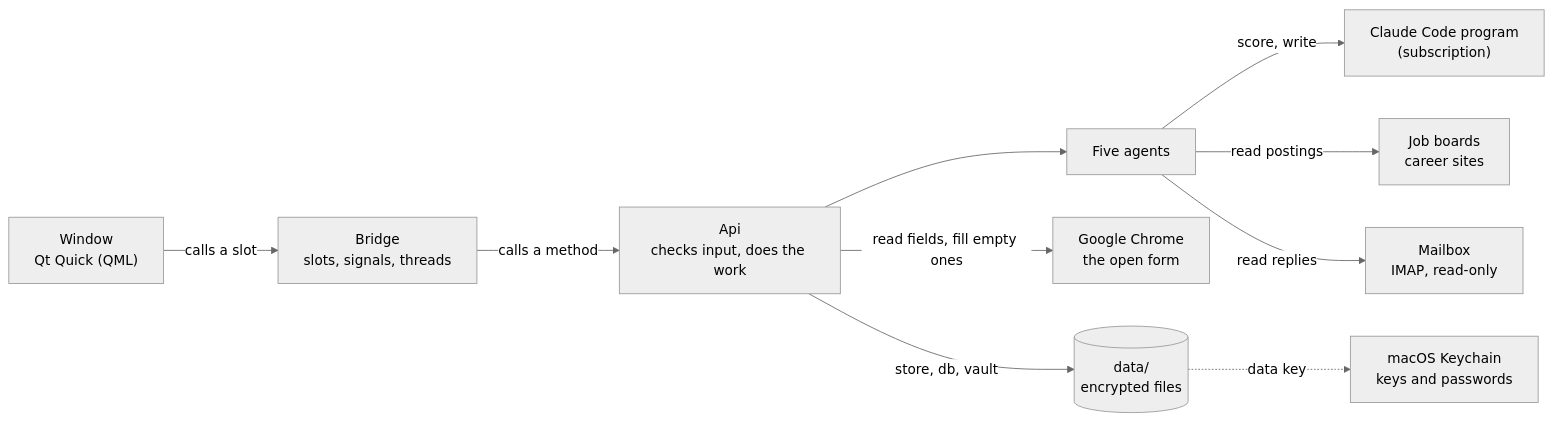
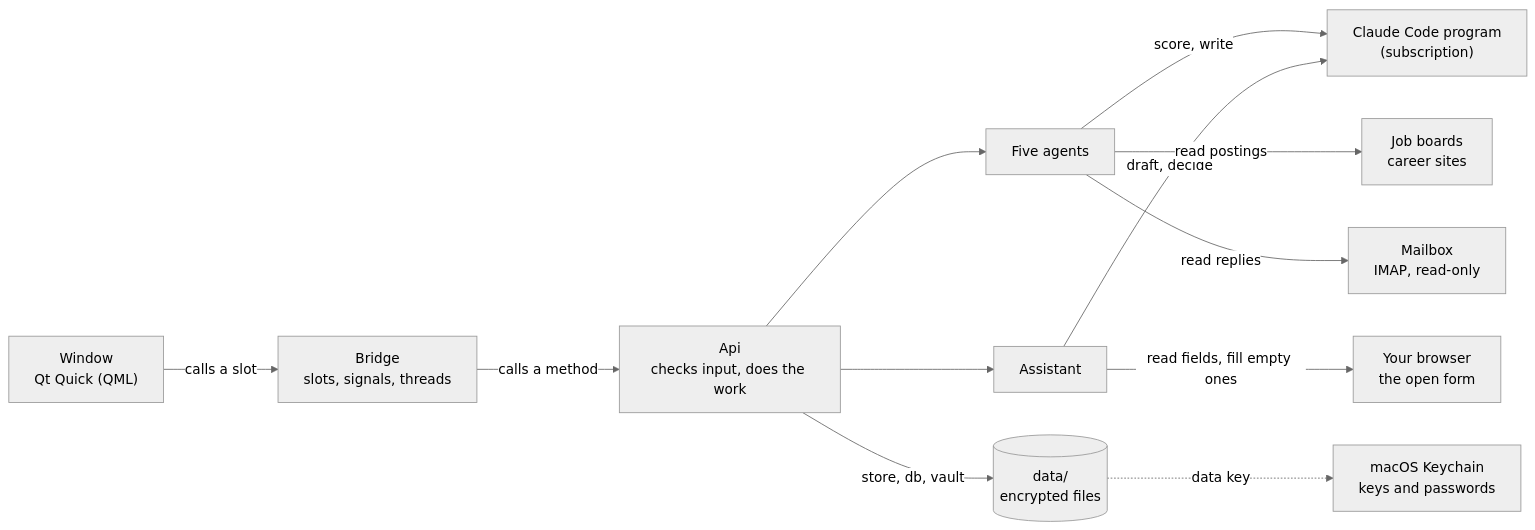
The diagram in README.md (defoltbl/JobHelper), drawn with Mermaid (neutral theme) before and after one commit. The commit also changed other lines of this file and 31 other files, not shown here.

First line of the commit message:
README rewritten with the assistant and the diagrams

````diff
--- a/README.md
+++ b/README.md
@@ -96,23 +126,26 @@
 ```mermaid
 flowchart LR
     W["Window<br/>Qt Quick (QML)"]
     B["Bridge<br/>slots, signals, threads"]
     A["Api<br/>checks input, does the work"]
     AG["Five agents"]
+    AS["Assistant"]
     C["Claude Code program<br/>(subscription)"]
     S["Job boards<br/>career sites"]
-    G["Google Chrome<br/>the open form"]
     M["Mailbox<br/>IMAP, read-only"]
+    G["Your browser<br/>the open form"]
     D[("data/<br/>encrypted files")]
     K["macOS Keychain<br/>keys and passwords"]
 
     W -->|"calls a slot"| B
     B -->|"calls a method"| A
     A --> AG
+    A --> AS
     AG -->|"score, write"| C
+    AS -->|"draft, decide"| C
     AG -->|"read postings"| S
     AG -->|"read replies"| M
-    A -->|"read fields, fill empty ones"| G
+    AS -->|"read fields, fill empty ones"| G
     A -->|"store, db, vault"| D
     D -.->|"data key"| K
 ```
````
